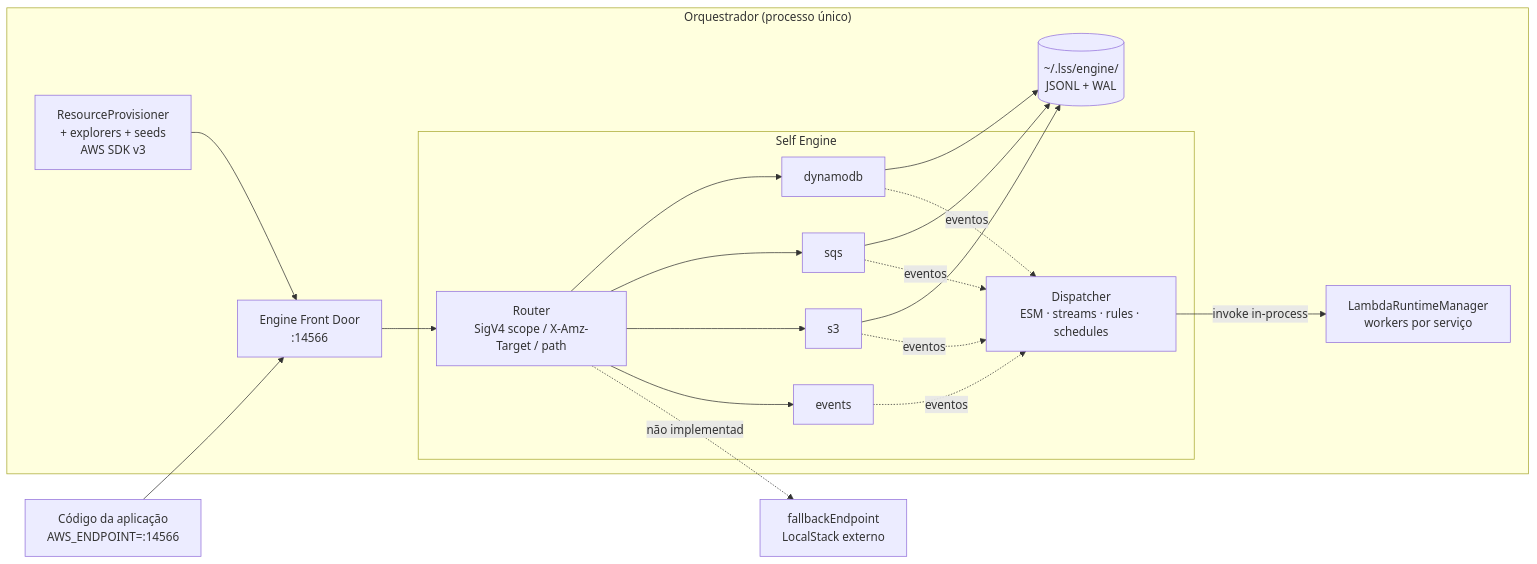
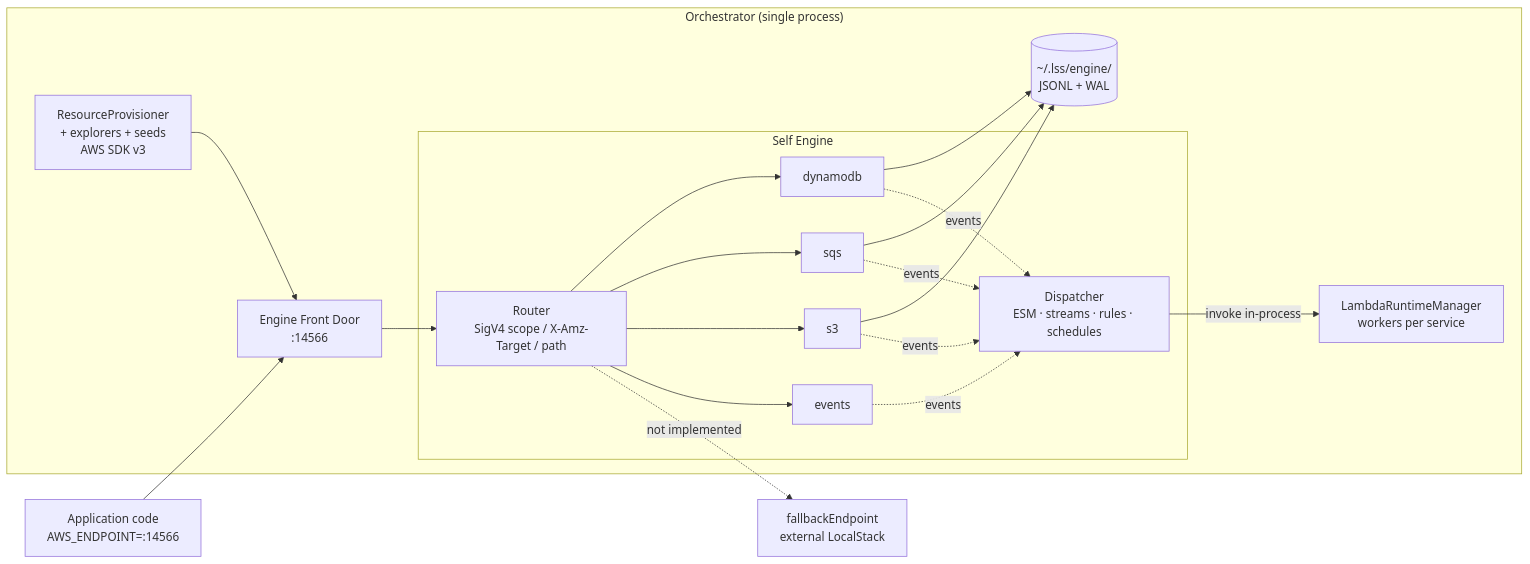
Before and after one commit to Viserion77/local-serverless-stack: the diagram in docs/PRD_SELF_ENGINE.md, drawn with Mermaid. The commit also changed other lines of this file and 14 other files, not shown here.

````diff
--- a/docs/PRD_SELF_ENGINE.md
+++ b/docs/PRD_SELF_ENGINE.md
@@ -54,24 +54,24 @@
 ```mermaid
 flowchart LR
-    subgraph Proc["Orquestrador (processo único)"]
+    subgraph Proc["Orchestrator (single process)"]
         PROV[ResourceProvisioner<br/>+ explorers + seeds<br/>AWS SDK v3]
         FD[Engine Front Door<br/>:14566]
-        RT[LambdaRuntimeManager<br/>workers por serviço]
+        RT[LambdaRuntimeManager<br/>workers per service]
         subgraph ENG[Self Engine]
             RTR[Router<br/>SigV4 scope / X-Amz-Target / path]
             DDB[dynamodb]
             SQS[sqs]
             S3E[s3]
             EVB[events]
             DISP[Dispatcher<br/>ESM · streams · rules · schedules]
         end
         STORE[(~/.lss/engine/<br/>JSONL + WAL)]
     end
-    APP[Código da aplicação<br/>AWS_ENDPOINT=:14566] --> FD
+    APP[Application code<br/>AWS_ENDPOINT=:14566] --> FD
     PROV --> FD
     FD --> RTR --> DDB & SQS & S3E & EVB
     DDB & SQS & S3E --> STORE
-    SQS & DDB & S3E & EVB -.eventos.-> DISP
+    SQS & DDB & S3E & EVB -.events.-> DISP
     DISP -->|invoke in-process| RT
-    RTR -.não implementado.-> FB[fallbackEndpoint<br/>LocalStack externo]
+    RTR -.not implemented.-> FB[fallbackEndpoint<br/>external LocalStack]
 ```
````
